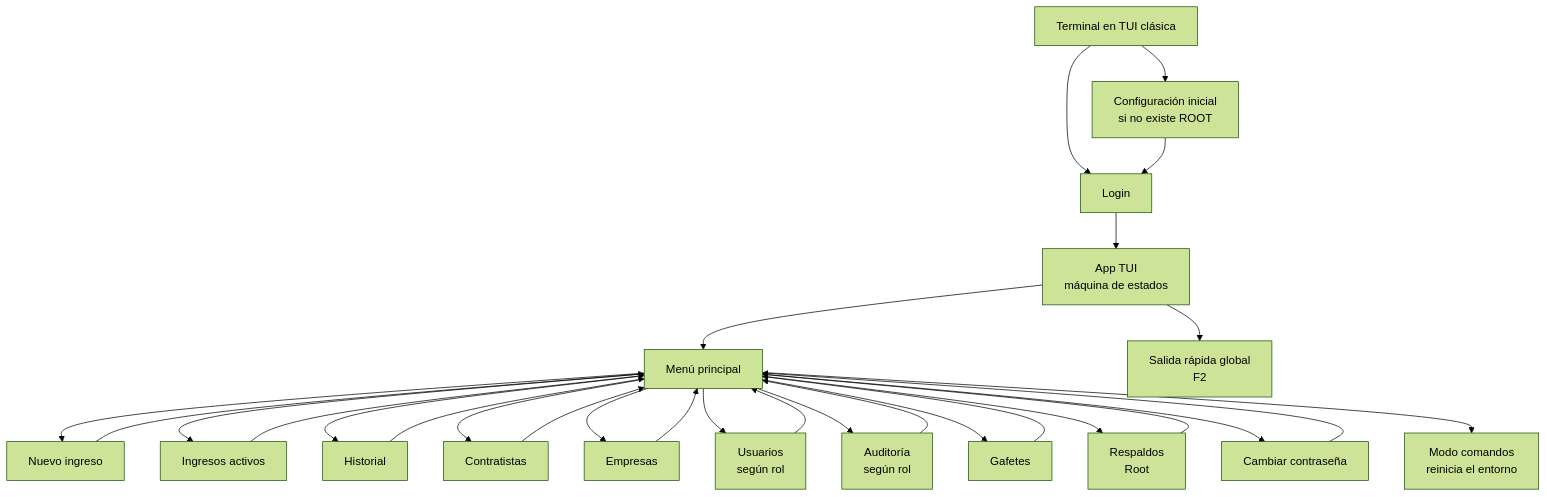
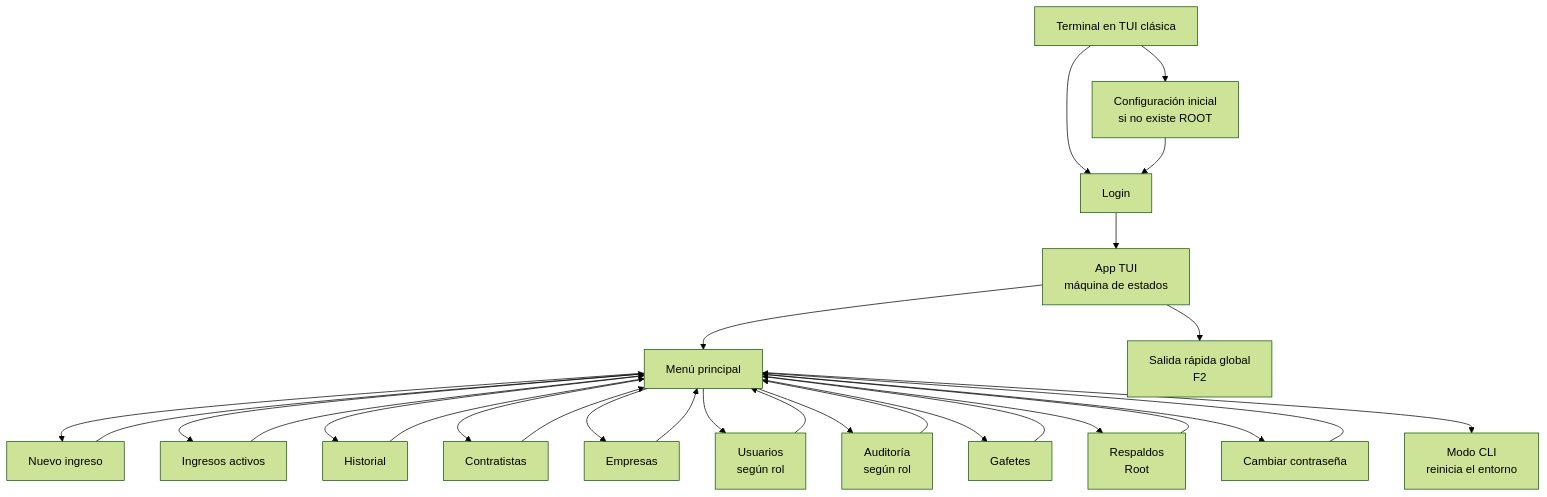
Before and after one commit to DQM27/acceso_CLI: the fourth of 13 diagrams in docs/diagramas-arquitectura.md, drawn with Mermaid (forest theme). The commit also changed 120 other files, not shown here.

````diff
--- a/docs/diagramas-arquitectura.md
+++ b/docs/diagramas-arquitectura.md
@@ -131,32 +131,32 @@
 ```mermaid
 flowchart TD
     A["Terminal en TUI clásica"] --> C["Configuración inicial<br/>si no existe ROOT"]
     A --> D["Login"]
     C --> D
     D --> E["App TUI<br/>máquina de estados"]
 
     E --> M["Menú principal"]
     M --> I["Nuevo ingreso"]
     M --> A2["Ingresos activos"]
     M --> H["Historial"]
     M --> C2["Contratistas"]
     M --> E2["Empresas"]
     M --> U["Usuarios<br/>según rol"]
     M --> AU["Auditoría<br/>según rol"]
     M --> G["Gafetes"]
     M --> R["Respaldos<br/>Root"]
     M --> P["Cambiar contraseña"]
-    M --> MC["Modo comandos<br/>reinicia el entorno"]
+    M --> MC["Modo CLI<br/>reinicia el entorno"]
 
     E --> F2["Salida rápida global<br/>F2"]
     I --> M
     A2 --> M
     H --> M
     C2 --> M
     E2 --> M
     U --> M
     AU --> M
     G --> M
     R --> M
     P --> M
 ```
````
